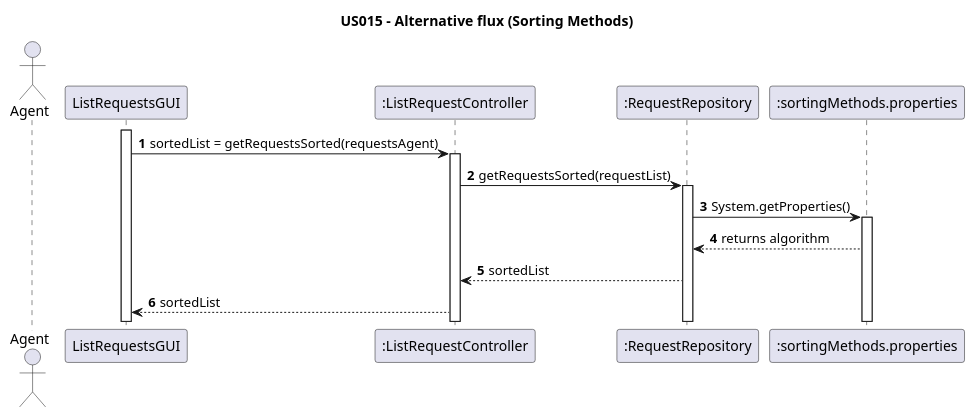
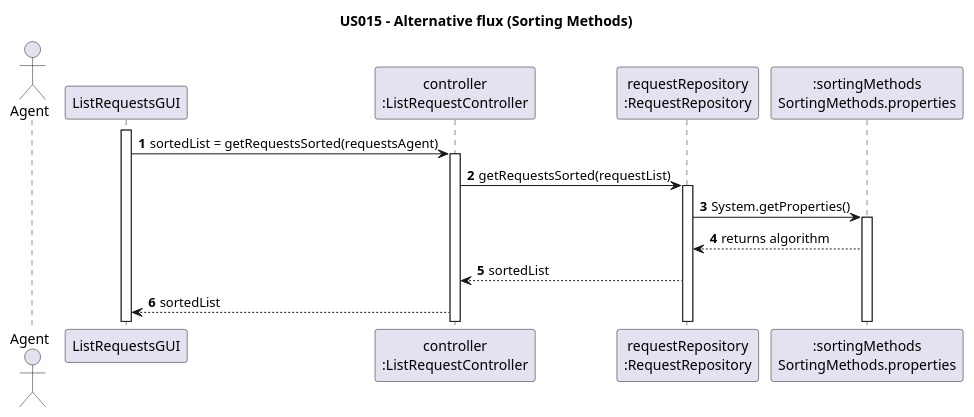
Before and after one commit to 1220812/LAPR2: the diagram in docs/sprintD/us015/03.design/puml/us015-alternative flux sorting methods.puml, drawn with PlantUML. The commit also changed 3 other files, not shown here.

```diff
--- a/docs/sprintD/us015/03.design/puml/us015-alternative flux sorting methods.puml
+++ b/docs/sprintD/us015/03.design/puml/us015-alternative flux sorting methods.puml
@@ -1,31 +1,31 @@
 @startuml
 'https://plantuml.com/sequence-diagram
 
 autonumber
 actor "Agent" as AGENT
 participant "ListRequestsGUI" as UI
-participant ":ListRequestController" as CTRL
-participant ":RequestRepository" as REQREPO
-participant ":sortingMethods.properties" as SM
+participant "controller\n:ListRequestController" as CTRL
+participant "requestRepository\n:RequestRepository" as REQREPO
+participant ":sortingMethods\nSortingMethods.properties" as SM
 
 
 title "US015 - Alternative flux (Sorting Methods)"
 
 activate UI
 
 UI -> CTRL : sortedList = getRequestsSorted(requestsAgent)
 activate CTRL
 
 CTRL -> REQREPO: getRequestsSorted(requestList)
 activate REQREPO
 
 REQREPO -> SM : System.getProperties()
 activate SM
 
 SM --> REQREPO : returns algorithm
 
 REQREPO --> CTRL : sortedList
 
 CTRL --> UI : sortedList
 
 @enduml
```
